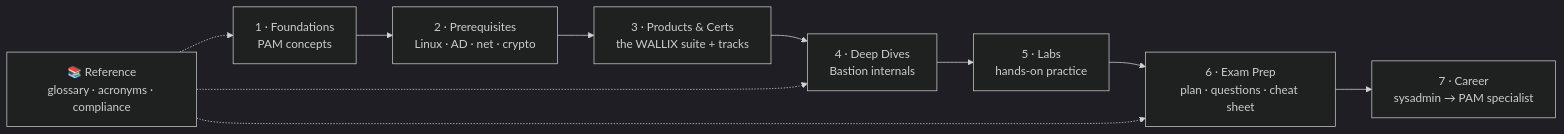
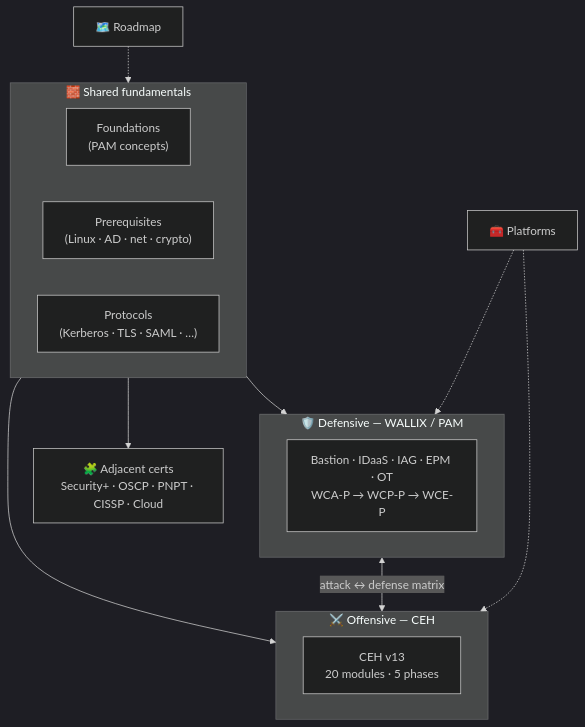
One commit to morandeirachema/WallixCerts changed the first of 3 diagrams in README.md. Above: the diagram before and after it, drawn with Mermaid (dark theme). The commit also changed other lines of this file, not shown here.

````diff
--- a/README.md
+++ b/README.md
@@ -31,12 +48,21 @@
 ```mermaid
-flowchart LR
-    F["1 · Foundations<br/>PAM concepts"] --> P["2 · Prerequisites<br/>Linux · AD · net · crypto"]
-    P --> D["3 · Products & Certs<br/>the WALLIX suite + tracks"]
-    D --> DD["4 · Deep Dives<br/>Bastion internals"]
-    DD --> L["5 · Labs<br/>hands-on practice"]
-    L --> E["6 · Exam Prep<br/>plan · questions · cheat sheet"]
-    E --> C["7 · Career<br/>sysadmin → PAM specialist"]
-    R["📚 Reference<br/>glossary · acronyms · compliance"] -.-> F
-    R -.-> DD
-    R -.-> E
+flowchart TB
+    subgraph BASE["🧱 Shared fundamentals"]
+        FND["Foundations<br/>(PAM concepts)"]
+        PRE["Prerequisites<br/>(Linux · AD · net · crypto)"]
+        PRO["Protocols<br/>(Kerberos · TLS · SAML · …)"]
+    end
+    subgraph DEF["🛡️ Defensive — WALLIX / PAM"]
+        WAL["Bastion · IDaaS · IAG · EPM · OT<br/>WCA-P → WCP-P → WCE-P"]
+    end
+    subgraph OFF["⚔️ Offensive — CEH"]
+        CEH["CEH v13<br/>20 modules · 5 phases"]
+    end
+    BASE --> DEF
+    BASE --> OFF
+    DEF <-->|"attack ↔ defense matrix"| OFF
+    BASE --> ADJ["🧩 Adjacent certs<br/>Security+ · OSCP · PNPT · CISSP · Cloud"]
+    ROAD["🗺️ Roadmap"] -.-> BASE
+    PLAT["🧰 Platforms"] -.-> DEF
+    PLAT -.-> OFF
 ```
````
